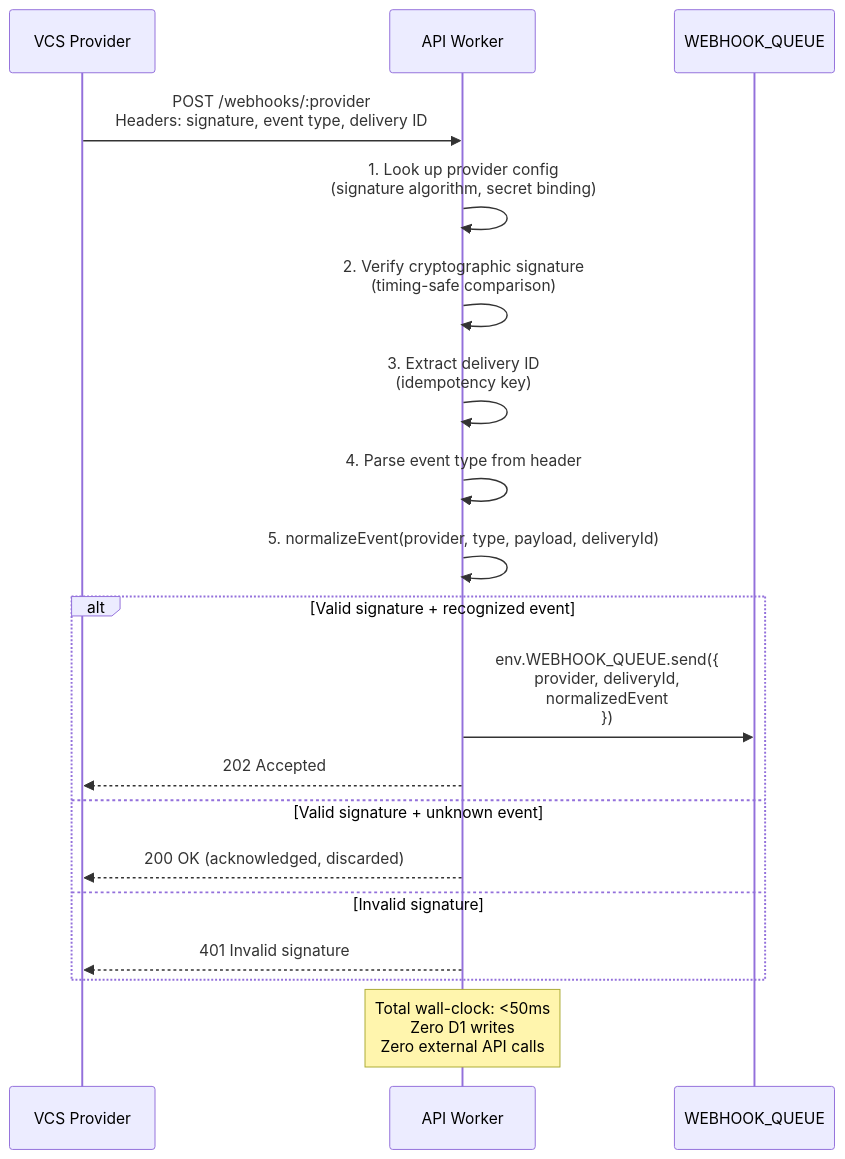
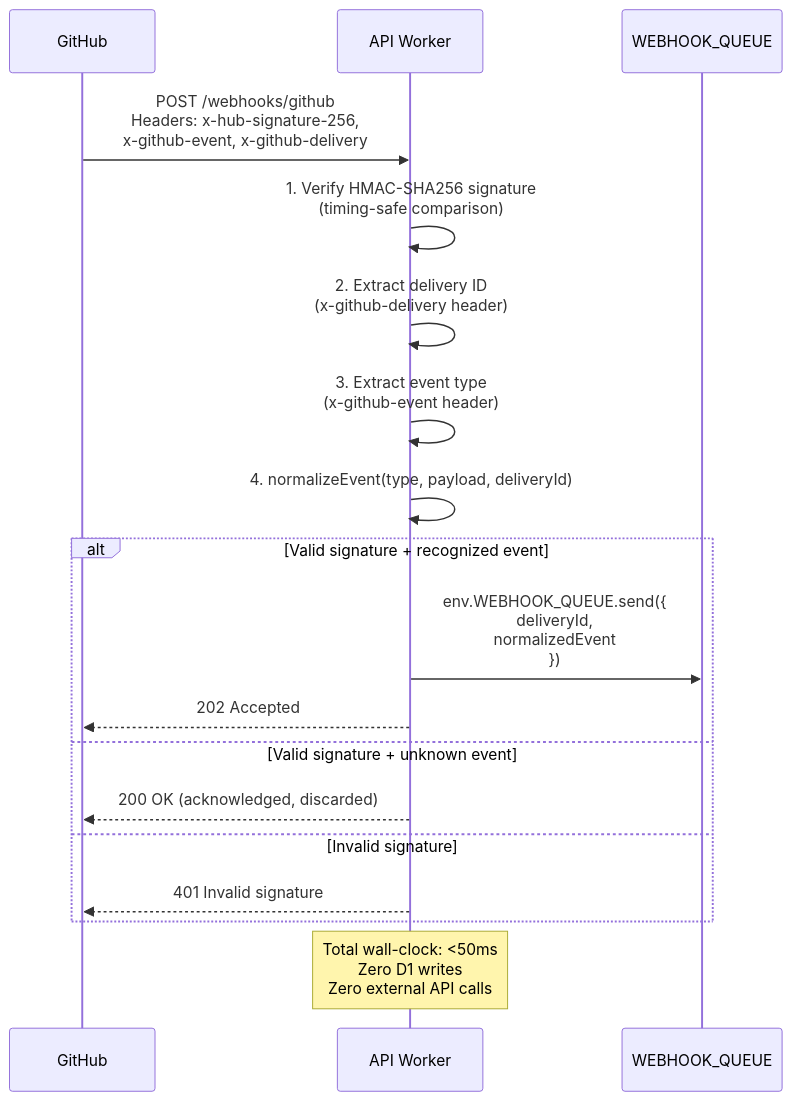
The second of 12 diagrams in docs/v3/planned/webhooks-integrations.md (devangshupandey2025-stack/DevSage), drawn with Mermaid before and after one commit. The commit also changed other lines of this file, not shown here.

First line of the commit message:
docs(webhooks): reduce to GitHub-only, add rounds-aware tag handler

````diff
--- a/docs/v3/planned/webhooks-integrations.md
+++ b/docs/v3/planned/webhooks-integrations.md
@@ -113,24 +98,23 @@
 ```mermaid
 sequenceDiagram
-    participant VCS as VCS Provider
+    participant GH as GitHub
     participant W as API Worker
     participant Q as WEBHOOK_QUEUE
 
-    VCS->>W: POST /webhooks/:provider<br/>Headers: signature, event type, delivery ID
-    W->>W: 1. Look up provider config<br/>(signature algorithm, secret binding)
-    W->>W: 2. Verify cryptographic signature<br/>(timing-safe comparison)
-    W->>W: 3. Extract delivery ID<br/>(idempotency key)
-    W->>W: 4. Parse event type from header
-    W->>W: 5. normalizeEvent(provider, type, payload, deliveryId)
+    GH->>W: POST /webhooks/github<br/>Headers: x-hub-signature-256,<br/>x-github-event, x-github-delivery
+    W->>W: 1. Verify HMAC-SHA256 signature<br/>(timing-safe comparison)
+    W->>W: 2. Extract delivery ID<br/>(x-github-delivery header)
+    W->>W: 3. Extract event type<br/>(x-github-event header)
+    W->>W: 4. normalizeEvent(type, payload, deliveryId)
 
     alt Valid signature + recognized event
-        W->>Q: env.WEBHOOK_QUEUE.send({<br/>  provider, deliveryId,<br/>  normalizedEvent<br/>})
-        W-->>VCS: 202 Accepted
+        W->>Q: env.WEBHOOK_QUEUE.send({<br/>  deliveryId,<br/>  normalizedEvent<br/>})
+        W-->>GH: 202 Accepted
     else Valid signature + unknown event
-        W-->>VCS: 200 OK (acknowledged, discarded)
+        W-->>GH: 200 OK (acknowledged, discarded)
     else Invalid signature
-        W-->>VCS: 401 Invalid signature
+        W-->>GH: 401 Invalid signature
     end
 
     Note over W: Total wall-clock: <50ms<br/>Zero D1 writes<br/>Zero external API calls
 ```
````
